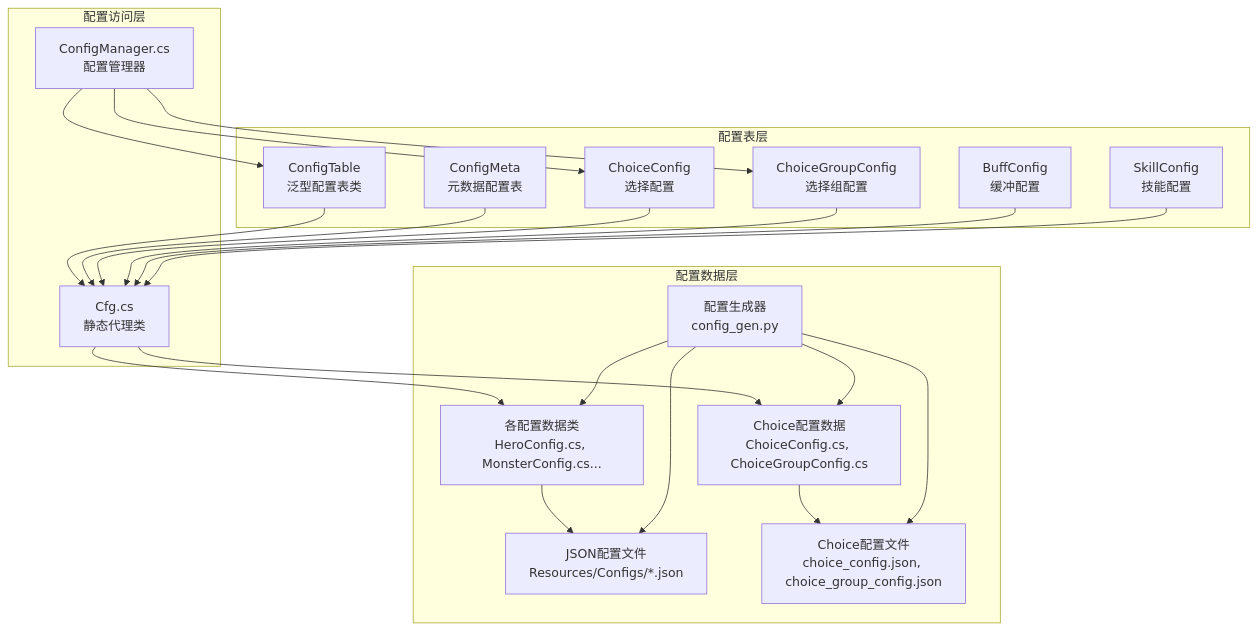
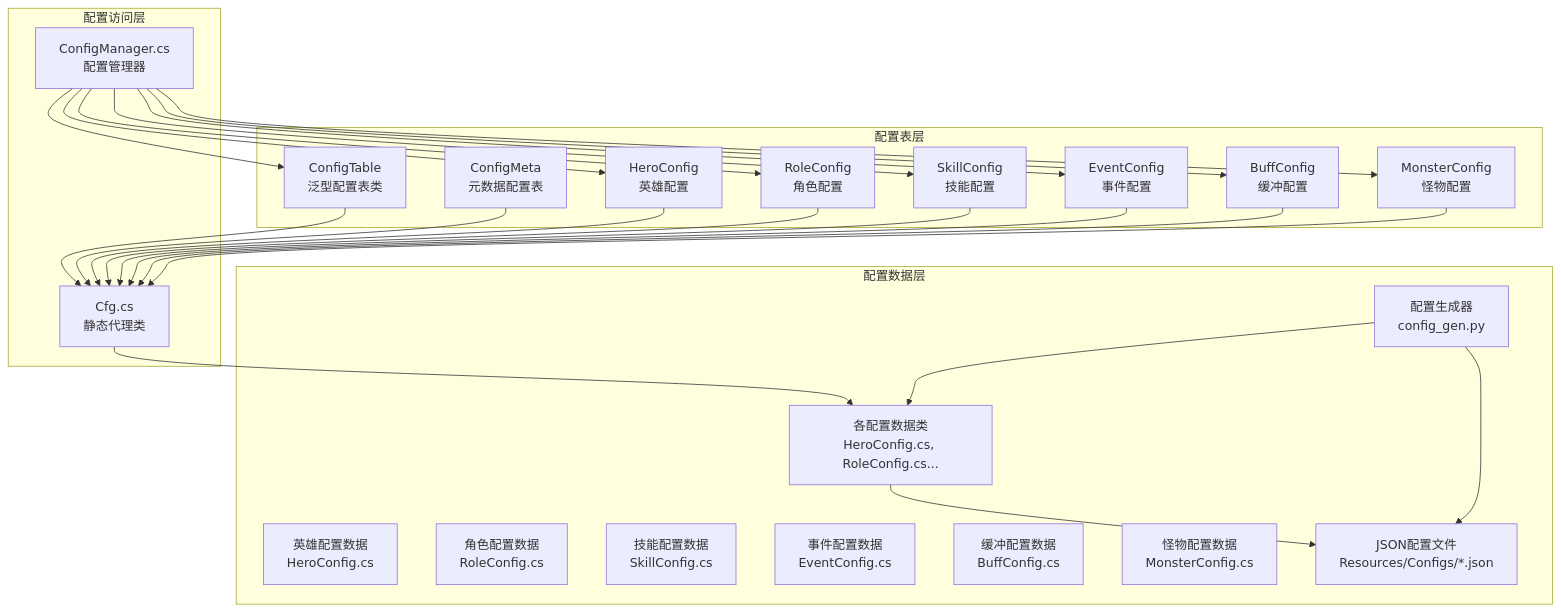
One commit to Tuusen/p1_client changed the first of 4 diagrams in .qoder/repowiki/zh/content/配置管理系统/配置管理系统.md. Above: the diagram before and after it, drawn with Mermaid. The commit also changed other lines of this file and 13 other files, not shown here.

````diff
--- a/.qoder/repowiki/zh/content/配置管理系统/配置管理系统.md
+++ b/.qoder/repowiki/zh/content/配置管理系统/配置管理系统.md
@@ -62,39 +70,47 @@
 ```mermaid
 graph TB
 subgraph "配置表层"
 CT["ConfigTable<TItem, TMeta><br/>泛型配置表类"]
 CM["ConfigMeta<TMeta><br/>元数据配置表"]
-CC["ChoiceConfig<br/>选择配置"]
-CG["ChoiceGroupConfig<br/>选择组配置"]
+HC["HeroConfig<br/>英雄配置"]
+RC["RoleConfig<br/>角色配置"]
+SC["SkillConfig<br/>技能配置"]
+EC["EventConfig<br/>事件配置"]
 BC["BuffConfig<br/>缓冲配置"]
-SC["SkillConfig<br/>技能配置"]
+MC["MonsterConfig<br/>怪物配置"]
 end
 subgraph "配置访问层"
 CFG["Cfg.cs<br/>静态代理类"]
 CMGR["ConfigManager.cs<br/>配置管理器"]
 end
 subgraph "配置数据层"
-DATA["各配置数据类<br/>HeroConfig.cs, MonsterConfig.cs..."]
-CHOICE_DATA["Choice配置数据<br/>ChoiceConfig.cs, ChoiceGroupConfig.cs"]
+DATA["各配置数据类<br/>HeroConfig.cs, RoleConfig.cs..."]
+HERO_DATA["英雄配置数据<br/>HeroConfig.cs"]
+ROLE_DATA["角色配置数据<br/>RoleConfig.cs"]
+SKILL_DATA["技能配置数据<br/>SkillConfig.cs"]
+EVENT_DATA["事件配置数据<br/>EventConfig.cs"]
+BUFF_DATA["缓冲配置数据<br/>BuffConfig.cs"]
+MONSTER_DATA["怪物配置数据<br/>MonsterConfig.cs"]
 JSON["JSON配置文件<br/>Resources/Configs/*.json"]
-CHOICE_JSON["Choice配置文件<br/>choice_config.json, choice_group_config.json"]
 GEN["配置生成器<br/>config_gen.py"]
 end
 CT --> CFG
 CM --> CFG
-CC --> CFG
-CG --> CFG
+HC --> CFG
+RC --> CFG
+SC --> CFG
+EC --> CFG
 BC --> CFG
-SC --> CFG
+MC --> CFG
 CMGR --> CT
-CMGR --> CC
-CMGR --> CG
+CMGR --> HC
+CMGR --> RC
+CMGR --> SC
+CMGR --> EC
+CMGR --> BC
+CMGR --> MC
 CFG --> DATA
-CFG --> CHOICE_DATA
 DATA --> JSON
-CHOICE_DATA --> CHOICE_JSON
 GEN --> DATA
-GEN --> CHOICE_DATA
 GEN --> JSON
-GEN --> CHOICE_JSON
 ```
````
